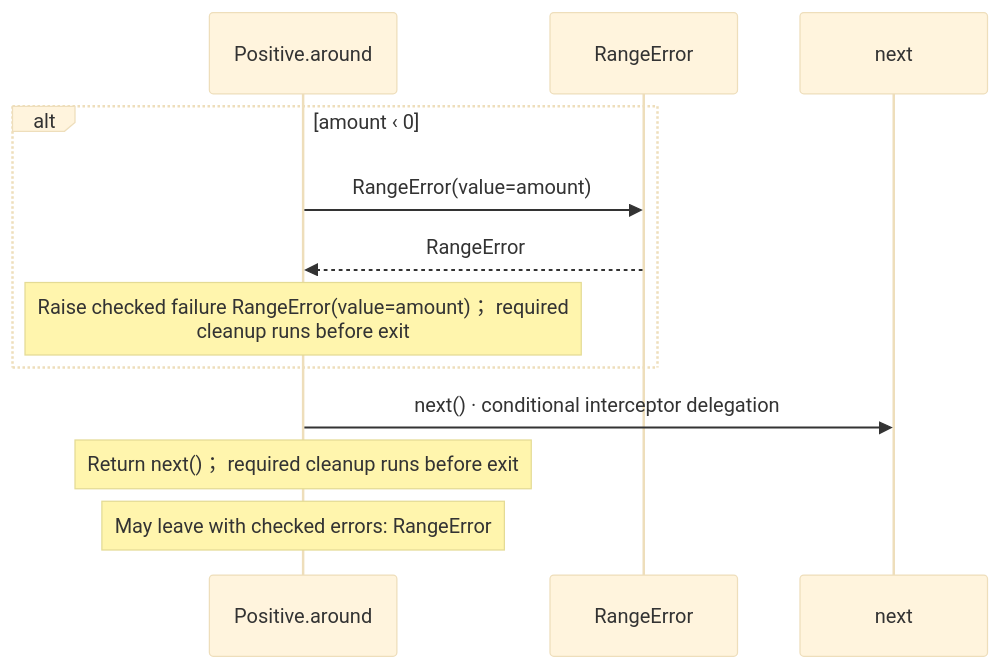
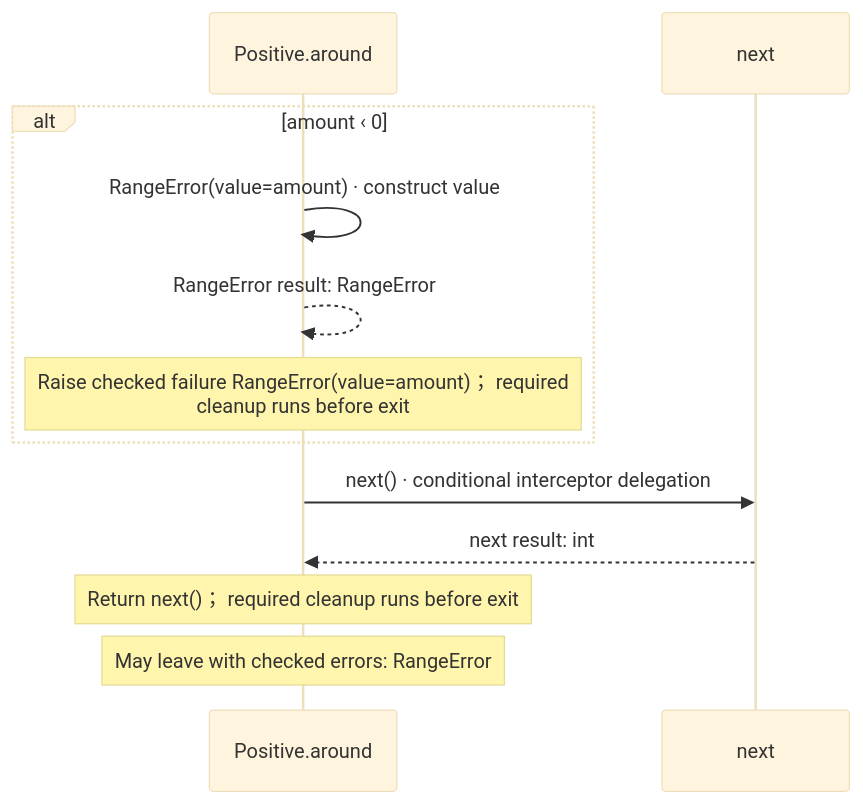
One commit to GreenPandaStudios/augscript changed the second of 2 diagrams in docs/examples/approved-design/domain/numbers-diagrams.md. Above: the diagram before and after it, drawn with Mermaid (base theme). The commit also changed other lines of this file and 304 other files, not shown here.

Commit message:
Make generated data-flow sequences concise and review every diagram

````diff
--- a/docs/examples/approved-design/domain/numbers-diagrams.md
+++ b/docs/examples/approved-design/domain/numbers-diagrams.md
@@ -61,14 +44,14 @@
 ```mermaid
 sequenceDiagram
     participant p0 as Positive.around
-    participant p1 as RangeError
-    participant p2 as next
+    participant p1 as next
     alt amount ‹ 0
-    p0->>p1: RangeError(value=amount)
-    p1-->>p0: RangeError
+    p0->>p0: RangeError(value=amount) · construct value
+    p0-->>p0: RangeError result: RangeError
     Note over p0: Raise checked failure RangeError(value=amount)； required<br/>cleanup runs before exit
     end
-    p0->>p2: next() · conditional interceptor delegation
+    p0->>p1: next() · conditional interceptor delegation
+    p1-->>p0: next result: int
     Note over p0: Return next()； required cleanup runs before exit
     Note over p0: May leave with checked errors: RangeError
 ```
````
